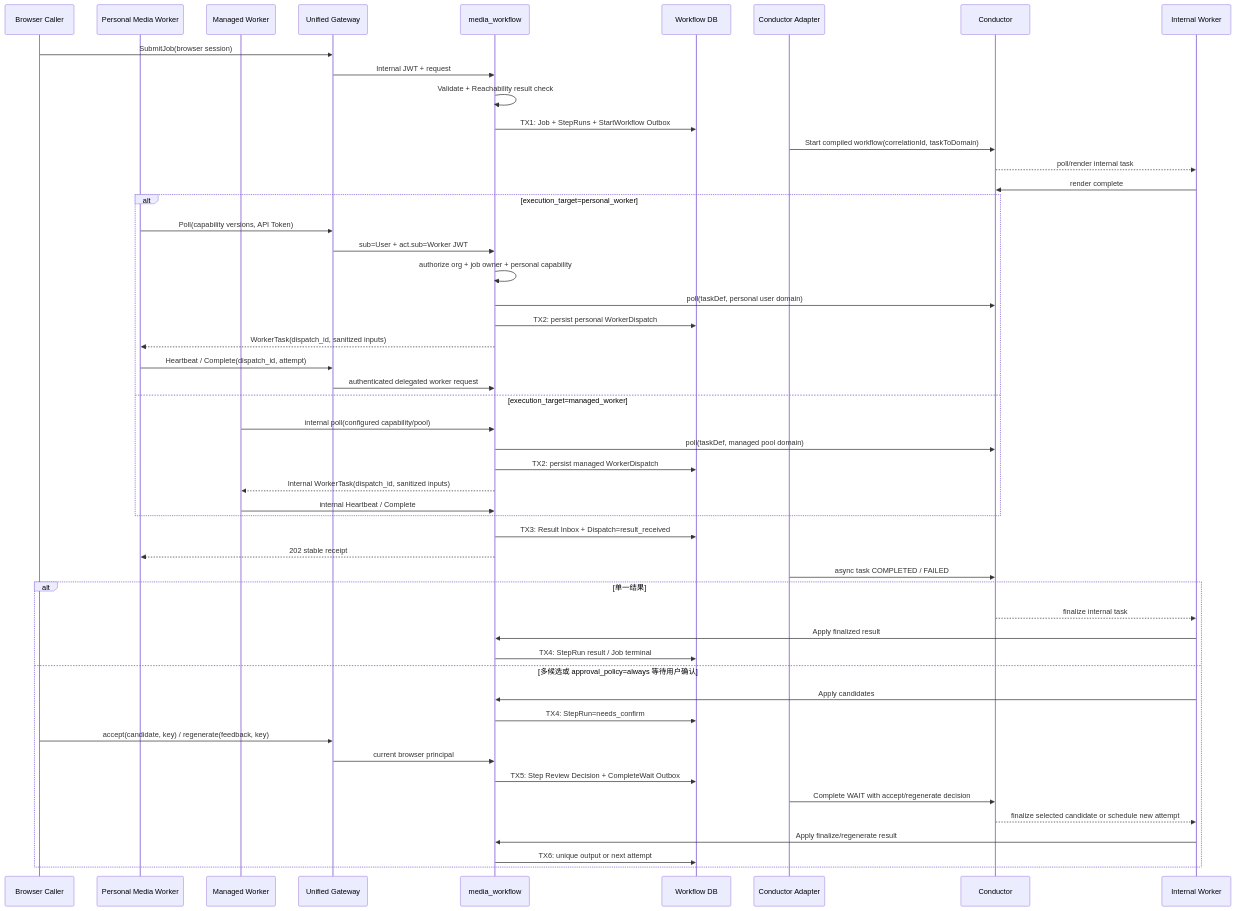
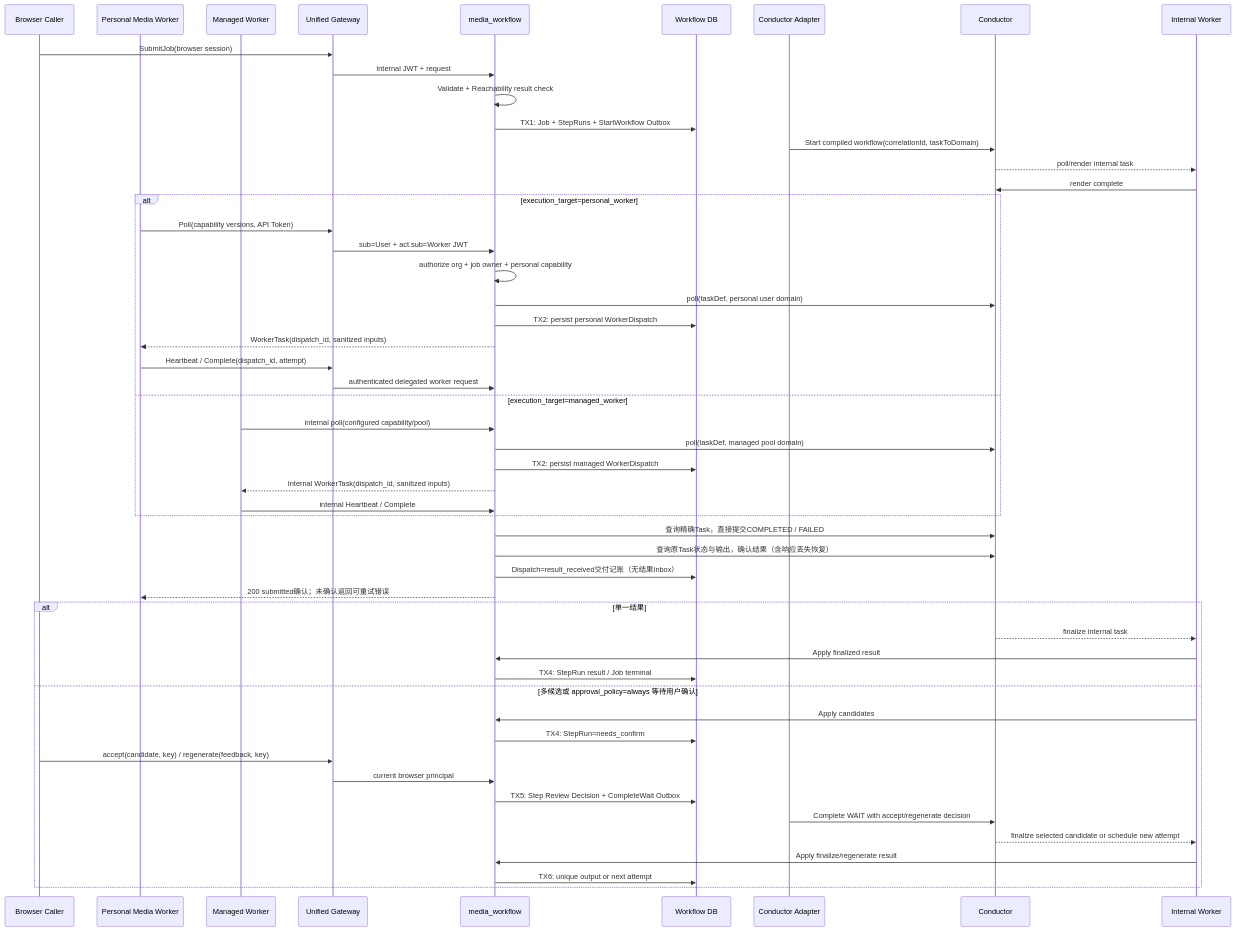
Before and after one commit to hotttao/media_agent: the fourth of 10 diagrams in docs/ddd/media_workflow/workflow/0002-workflow_execution/workflow_execution.md, drawn with Mermaid. The commit also changed other lines of this file and 151 other files, not shown here.

````diff
--- a/docs/ddd/media_workflow/workflow/0002-workflow_execution/workflow_execution.md
+++ b/docs/ddd/media_workflow/workflow/0002-workflow_execution/workflow_execution.md
@@ -53,53 +112,54 @@
 ```mermaid
 sequenceDiagram
     participant C as Browser Caller
     participant X as Personal Media Worker
     participant MW as Managed Worker
     participant G as Unified Gateway
     participant W as media_workflow
     participant DB as Workflow DB
     participant A as Conductor Adapter
     participant O as Conductor
     participant I as Internal Worker
     C->>G: SubmitJob(browser session)
     G->>W: Internal JWT + request
     W->>W: Validate + Reachability result check
     W->>DB: TX1: Job + StepRuns + StartWorkflow Outbox
     A->>O: Start compiled workflow(correlationId, taskToDomain)
     O-->>I: poll/render internal task
     I->>O: render complete
     alt execution_target=personal_worker
         X->>G: Poll(capability versions, API Token)
         G->>W: sub=User + act.sub=Worker JWT
         W->>W: authorize org + job owner + personal capability
         W->>O: poll(taskDef, personal user domain)
         W->>DB: TX2: persist personal WorkerDispatch
         W-->>X: WorkerTask(dispatch_id, sanitized inputs)
         X->>G: Heartbeat / Complete(dispatch_id, attempt)
         G->>W: authenticated delegated worker request
     else execution_target=managed_worker
         MW->>W: internal poll(configured capability/pool)
         W->>O: poll(taskDef, managed pool domain)
         W->>DB: TX2: persist managed WorkerDispatch
         W-->>MW: Internal WorkerTask(dispatch_id, sanitized inputs)
         MW->>W: internal Heartbeat / Complete
     end
-    W->>DB: TX3: Result Inbox + Dispatch=result_received
-    W-->>X: 202 stable receipt
-    A->>O: async task COMPLETED / FAILED
+    W->>O: 查询精确Task，直接提交COMPLETED / FAILED
+    W->>O: 查询原Task状态与输出，确认结果（含响应丢失恢复）
+    W->>DB: Dispatch=result_received交付记账（无结果Inbox）
+    W-->>X: 200 submitted确认；未确认返回可重试错误
     alt 单一结果
         O-->>I: finalize internal task
         I->>W: Apply finalized result
         W->>DB: TX4: StepRun result / Job terminal
     else 多候选或 approval_policy=always 等待用户确认
         I->>W: Apply candidates
         W->>DB: TX4: StepRun=needs_confirm
         C->>G: accept(candidate, key) / regenerate(feedback, key)
         G->>W: current browser principal
         W->>DB: TX5: Step Review Decision + CompleteWait Outbox
         A->>O: Complete WAIT with accept/regenerate decision
         O-->>I: finalize selected candidate or schedule new attempt
         I->>W: Apply finalize/regenerate result
         W->>DB: TX6: unique output or next attempt
     end
 ```
````
